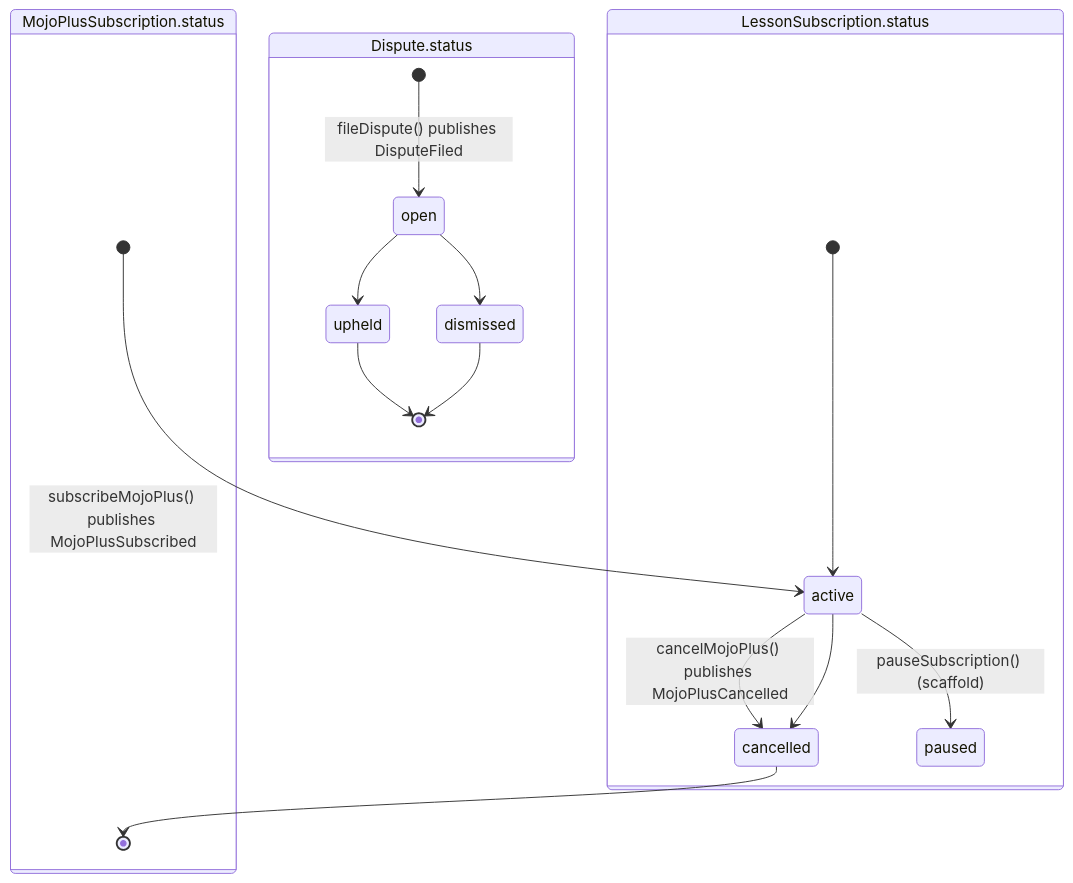
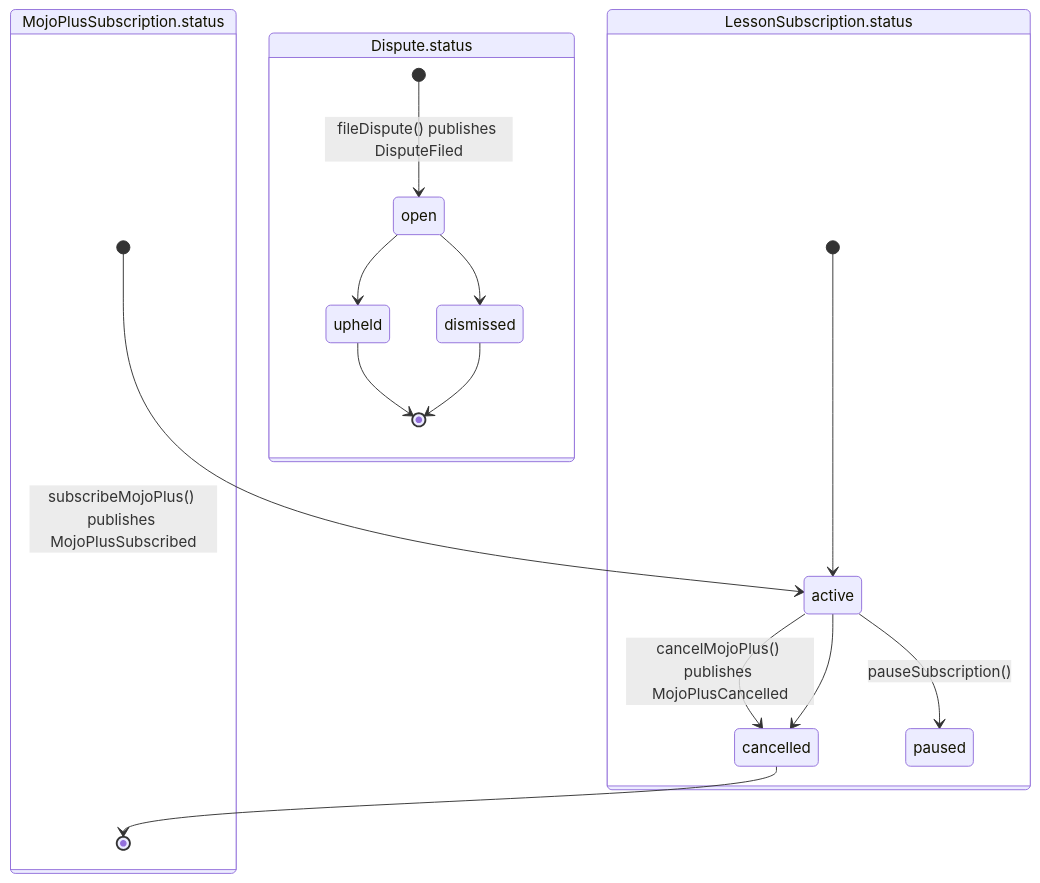
One commit to theforge-x/mojo changed the fourth of 11 diagrams in docs/uml/04-behavioral.md. Above: the diagram before and after it, drawn with Mermaid. The commit also changed other lines of this file and 87 other files, not shown here.

First line of the commit message:
feat: full-depth modules, enforced clean-architecture boundaries, vitest aliases

````diff
--- a/docs/uml/04-behavioral.md
+++ b/docs/uml/04-behavioral.md
@@ -77,20 +77,20 @@
 ```mermaid
 stateDiagram-v2
     state "MojoPlusSubscription.status" as mp {
         [*] --> active : subscribeMojoPlus() publishes MojoPlusSubscribed
         active --> cancelled : cancelMojoPlus() publishes MojoPlusCancelled
         cancelled --> [*]
     }
     state "Dispute.status" as ds {
         [*] --> open : fileDispute() publishes DisputeFiled
         open --> upheld
         open --> dismissed
         upheld --> [*]
         dismissed --> [*]
     }
     state "LessonSubscription.status" as ls {
         [*] --> active
-        active --> paused : pauseSubscription() (scaffold)
+        active --> paused : pauseSubscription()
         active --> cancelled
     }
 ```
````
